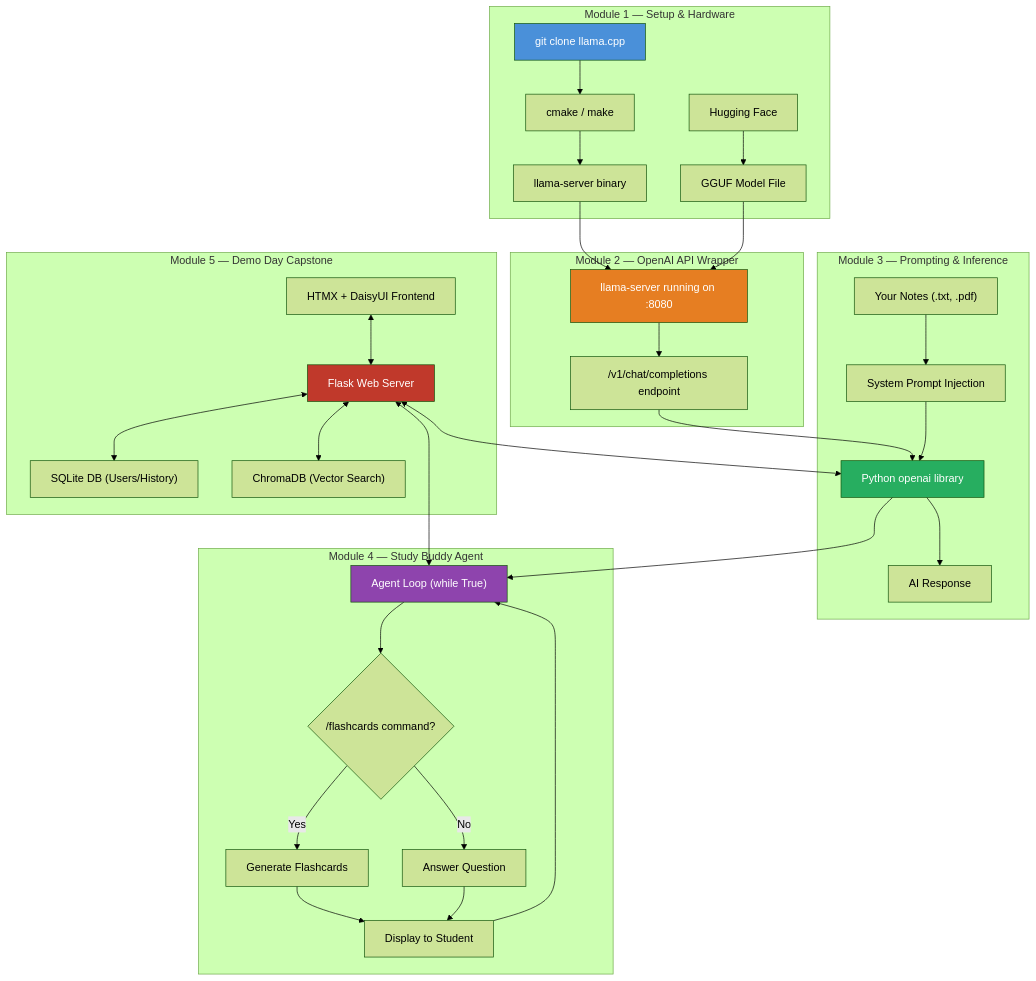
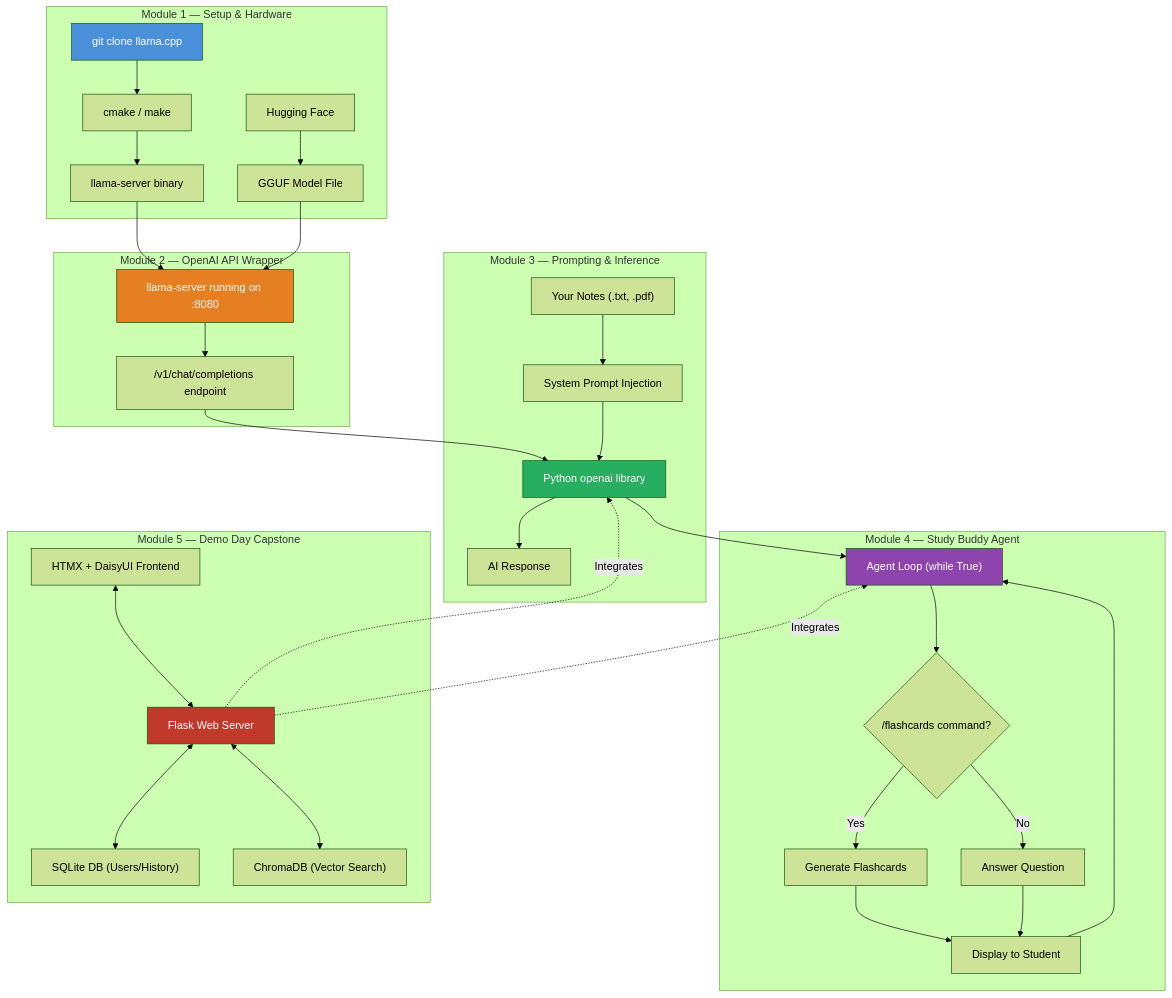
Before and after one commit to laurenvil/OpenFrontier: the first of 2 diagrams in assets/architecture-diagram.md, drawn with Mermaid (forest theme).

Commit message:
Docs: Improve Module 5 diagram layout

````diff
--- a/assets/architecture-diagram.md
+++ b/assets/architecture-diagram.md
@@ -5,50 +5,53 @@
 ```mermaid
 graph TB
     subgraph "Module 1 — Setup & Hardware"
         A["git clone llama.cpp"] --> B["cmake / make"]
         B --> C["llama-server binary"]
         D["Hugging Face"] --> E["GGUF Model File"]
     end
 
     subgraph "Module 2 — OpenAI API Wrapper"
         C --> F["llama-server running on :8080"]
         E --> F
         F --> G["/v1/chat/completions endpoint"]
     end
 
     subgraph "Module 3 — Prompting & Inference"
         G --> H["Python openai library"]
         I["Your Notes (.txt, .pdf)"] --> J["System Prompt Injection"]
         J --> H
         H --> K["AI Response"]
     end
 
     subgraph "Module 4 — Study Buddy Agent"
         H --> L["Agent Loop (while True)"]
         L --> M{"/flashcards command?"}
         M -->|Yes| N["Generate Flashcards"]
         M -->|No| O["Answer Question"]
         N --> P["Display to Student"]
         O --> P
         P --> L
     end
 
     subgraph "Module 5 — Demo Day Capstone"
         Q["Flask Web Server"]
         R["SQLite DB (Users/History)"]
         S["ChromaDB (Vector Search)"]
         T["HTMX + DaisyUI Frontend"]
         
         T <--> Q
         Q <--> R
         Q <--> S
-        Q <--> H
-        Q <--> L
     end
+
+    %% Cross-Module Integrations
+    L ~~~ Q
+    Q -.->|Integrates| H
+    Q -.->|Integrates| L
 
     style A fill:#4a90d9,color:#fff
     style F fill:#e67e22,color:#fff
     style H fill:#27ae60,color:#fff
     style L fill:#8e44ad,color:#fff
     style Q fill:#c0392b,color:#fff
 ```
````
